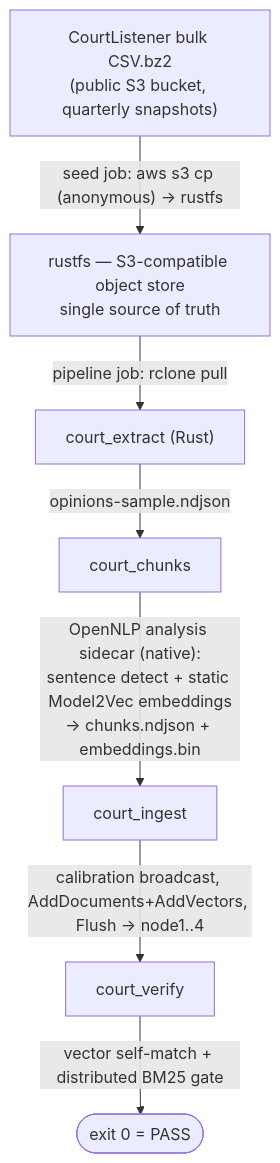
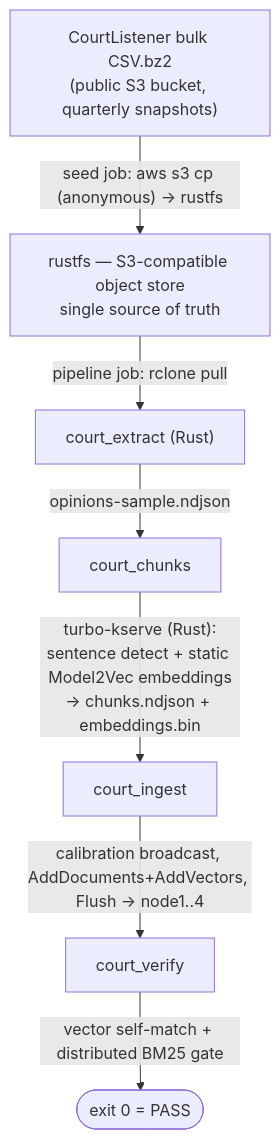
One commit to ai-pipestream/protomolt-search changed the diagram in deploy/court-e2e/README.md. Above: the diagram before and after it, drawn with Mermaid. The commit also changed other lines of this file and 50 other files, not shown here.

````diff
--- a/deploy/court-e2e/README.md
+++ b/deploy/court-e2e/README.md
@@ -8,15 +8,15 @@
 ```mermaid
 flowchart TD
     A["CourtListener bulk CSV.bz2<br/>(public S3 bucket, quarterly snapshots)"]
     B["rustfs — S3-compatible object store<br/>single source of truth"]
     C["court_extract (Rust)"]
     D["court_chunks"]
     E["court_ingest"]
     F["court_verify"]
     A -->|"seed job: aws s3 cp (anonymous) → rustfs"| B
     B -->|"pipeline job: rclone pull"| C
     C -->|"opinions-sample.ndjson"| D
-    D -->|"OpenNLP analysis sidecar (native):<br/>sentence detect + static Model2Vec embeddings<br/>→ chunks.ndjson + embeddings.bin"| E
+    D -->|"turbo-kserve (Rust):<br/>sentence detect + static Model2Vec embeddings<br/>→ chunks.ndjson + embeddings.bin"| E
     E -->|"calibration broadcast, AddDocuments+AddVectors, Flush → node1..4"| F
     F -->|"vector self-match + distributed BM25 gate"| G(["exit 0 = PASS"])
 ```
````
